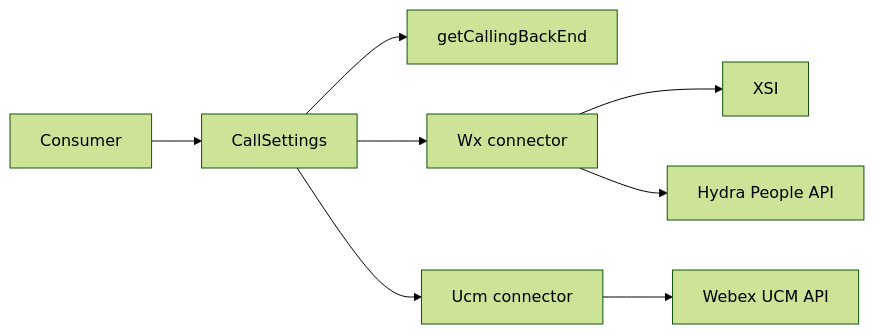
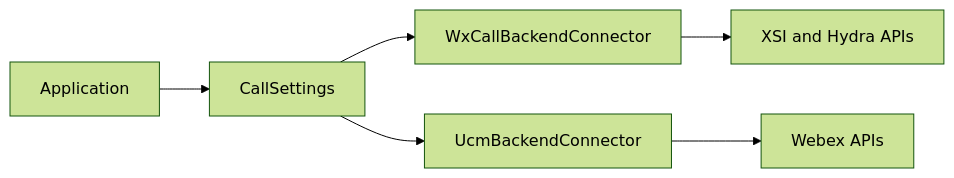
Before and after one commit to webex/webex-js-sdk: the seventh of 7 diagrams in packages/calling/src/CallSettings/ai-docs/call-settings-spec.md, drawn with Mermaid (forest theme). The commit also changed other lines of this file and 59 other files, not shown here.

````diff
--- a/packages/calling/src/CallSettings/ai-docs/call-settings-spec.md
+++ b/packages/calling/src/CallSettings/ai-docs/call-settings-spec.md
@@ -66,8 +538,8 @@
 ```mermaid
 flowchart LR
-  Consumer --> Facade[CallSettings]
-  Facade --> Detect[getCallingBackEnd]
-  Facade --> WXC[Wx connector] --> XSI
-  WXC --> Hydra[Hydra People API]
-  Facade --> UCM[Ucm connector] --> UcmAPI[Webex UCM API]
+  App[Application] --> Facade[CallSettings]
+  Facade --> WXC[WxCallBackendConnector]
+  Facade --> UCM[UcmBackendConnector]
+  WXC --> XSI[XSI and Hydra APIs]
+  UCM --> Webex[Webex APIs]
 ```
````
